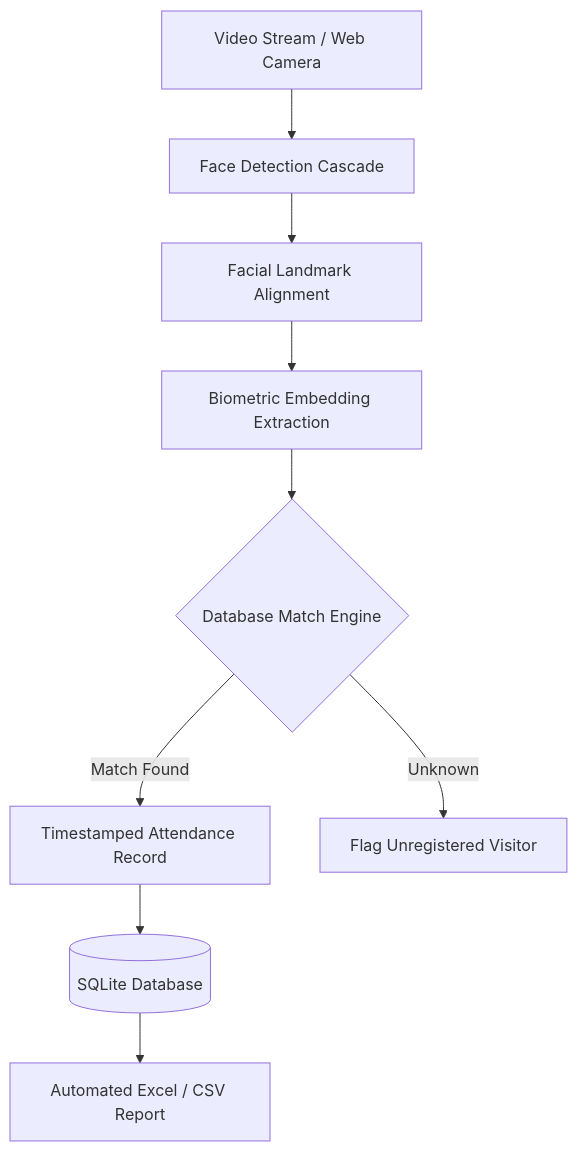
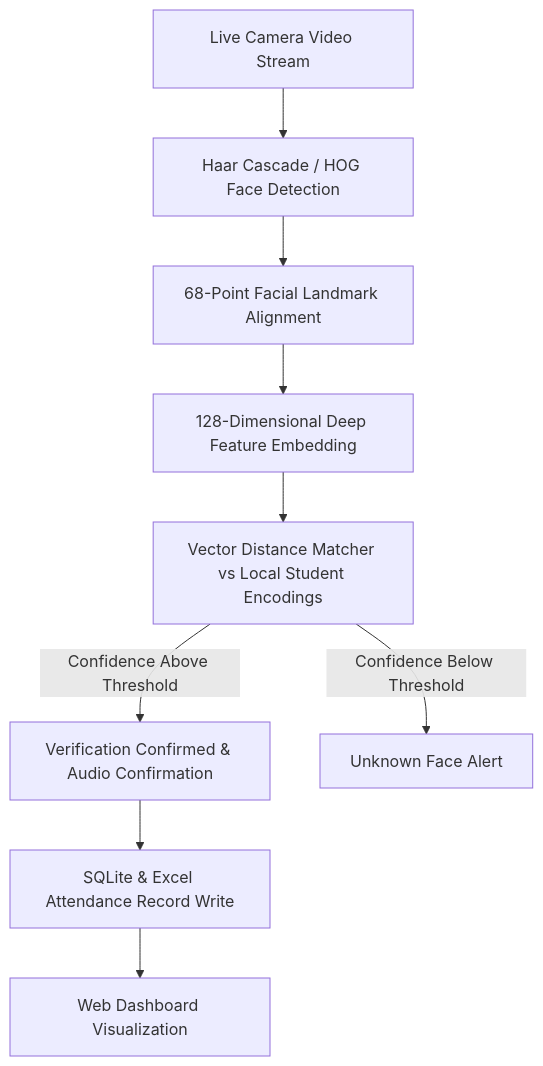
One commit to sohailahmed-bsrh/smart-attendance-system changed the diagram in README.md. Above: the diagram before and after it, drawn with Mermaid. The commit also changed other lines of this file, not shown here.

Commit message:
docs: deploy visual showcase README with screenshot galleries and architecture specifications

````diff
--- a/README.md
+++ b/README.md
@@ -30,11 +48,11 @@
 ```mermaid
 flowchart TD
-    VideoInput[Video Stream / Web Camera] --> FaceDetect[Face Detection Cascade]
-    FaceDetect --> Align[Facial Landmark Alignment]
-    Align --> Embeddings[Biometric Embedding Extraction]
-    Embeddings --> MatchEngine{Database Match Engine}
-    MatchEngine -->|Match Found| Record[Timestamped Attendance Record]
-    MatchEngine -->|Unknown| Alert[Flag Unregistered Visitor]
-    Record --> Storage[(SQLite Database)]
-    Storage --> ExcelExport[Automated Excel / CSV Report]
+    A[Live Camera Video Stream] --> B[Haar Cascade / HOG Face Detection]
+    B --> C[68-Point Facial Landmark Alignment]
+    C --> D[128-Dimensional Deep Feature Embedding]
+    D --> E[Vector Distance Matcher vs Local Student Encodings]
+    E -->|Confidence Above Threshold| F[Verification Confirmed & Audio Confirmation]
+    E -->|Confidence Below Threshold| G[Unknown Face Alert]
+    F --> H[SQLite & Excel Attendance Record Write]
+    H --> I[Web Dashboard Visualization]
 ```
````
